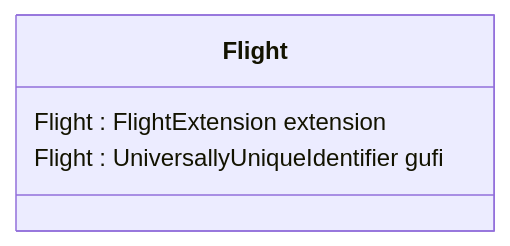
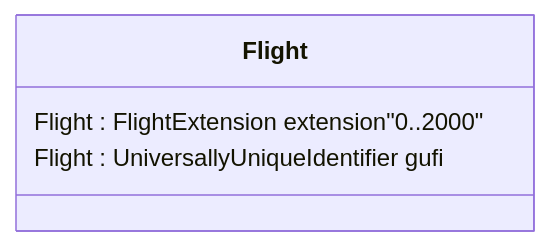
The second of 3 diagrams in docs/fixm/FIXM_UML_in_mermaid.md (du-lapin/test_docsify), drawn with Mermaid before and after one commit.

````diff
--- a/docs/fixm/FIXM_UML_in_mermaid.md
+++ b/docs/fixm/FIXM_UML_in_mermaid.md
@@ -24,7 +24,7 @@
 ```mermaid
 classDiagram
 class Flight{
-Flight : FlightExtension extension
+Flight : FlightExtension extension"0..2000"
 Flight : UniversallyUniqueIdentifier gufi
 }
 ```
````
